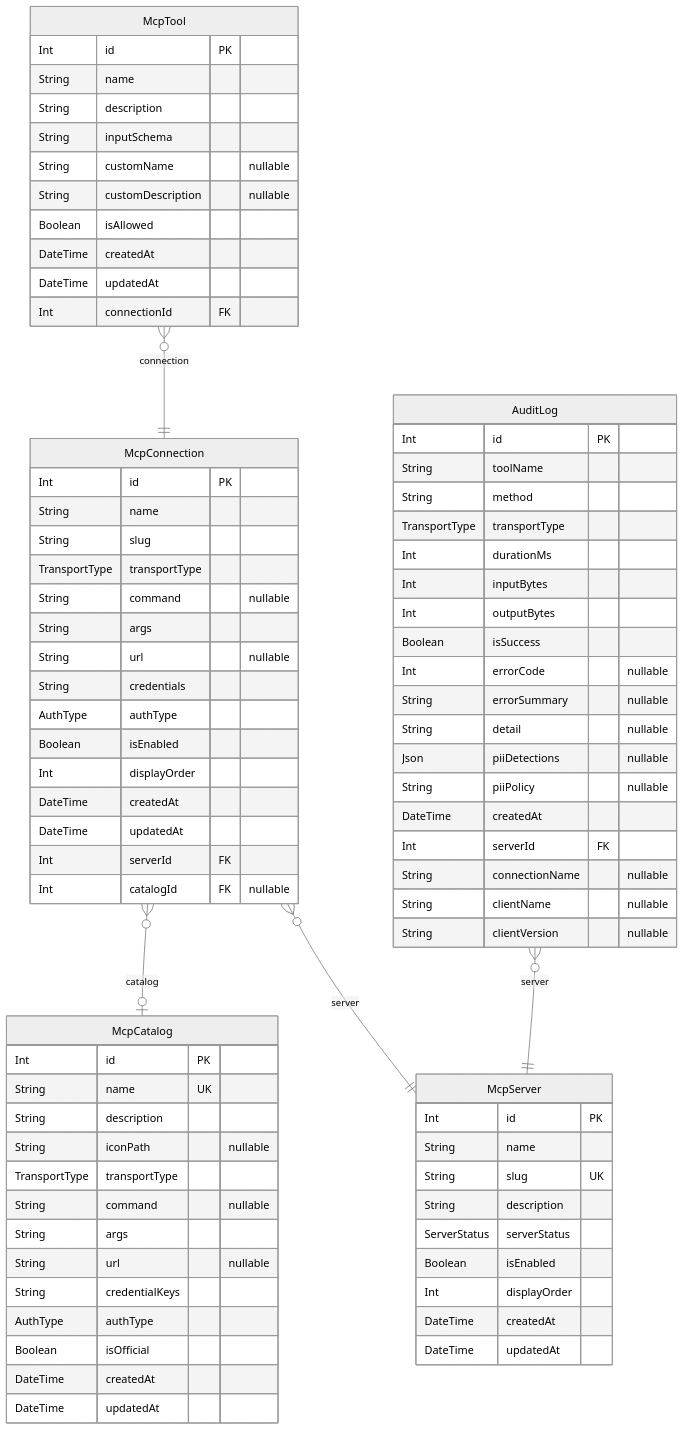
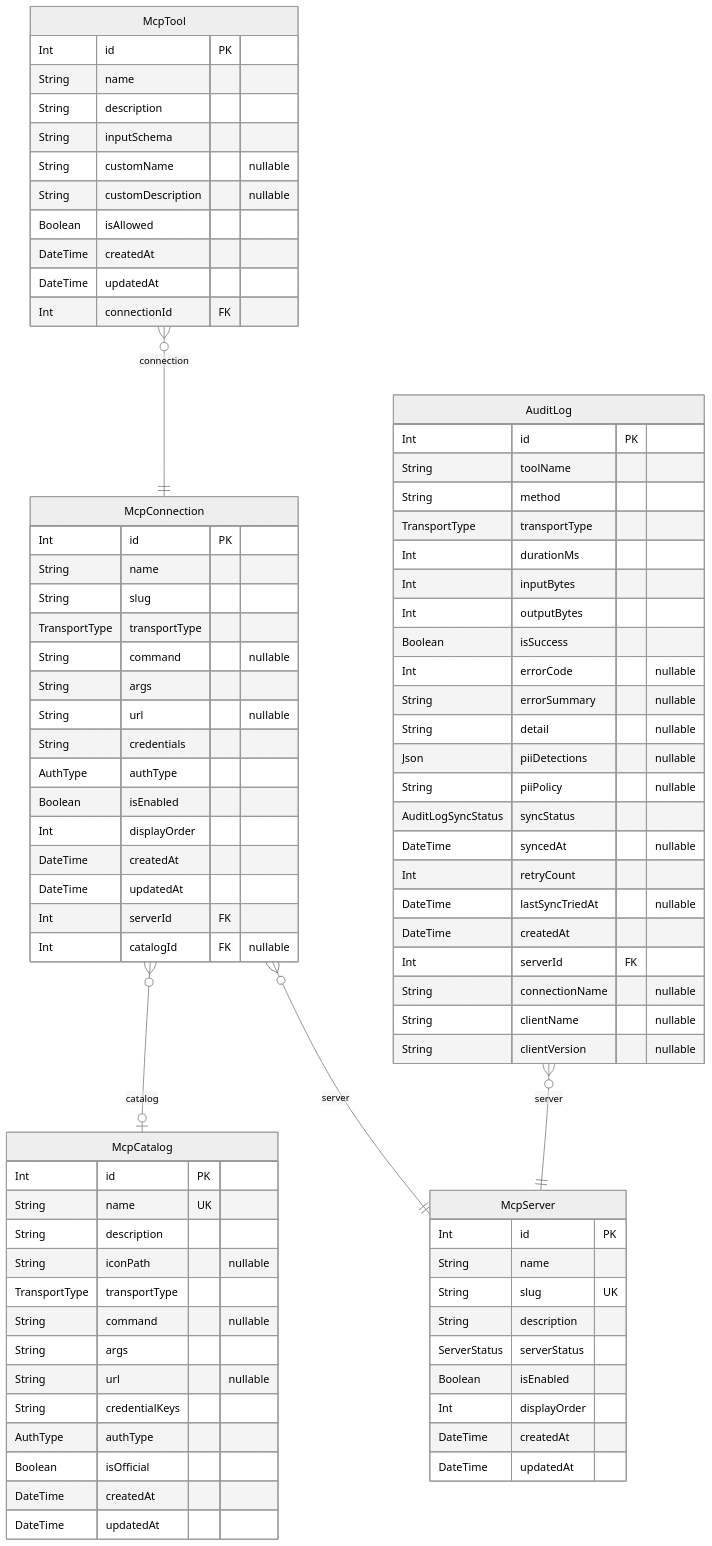
Before and after one commit to rayven122/tumiki: the second of 3 diagrams in apps/desktop/prisma/README.md, drawn with Mermaid (neutral theme). The commit also changed other lines of this file and 11 other files, not shown here.

Commit message:
feat: batch sync desktop audit logs

```diff
--- a/apps/desktop/prisma/README.md
+++ b/apps/desktop/prisma/README.md
@@ -104,6 +104,10 @@
   String detail "nullable"
   Json piiDetections "nullable"
   String piiPolicy "nullable"
+  AuditLogSyncStatus syncStatus
+  DateTime syncedAt "nullable"
+  Int retryCount
+  DateTime lastSyncTriedAt "nullable"
   DateTime createdAt
   Int serverId FK
   String connectionName "nullable"
```
